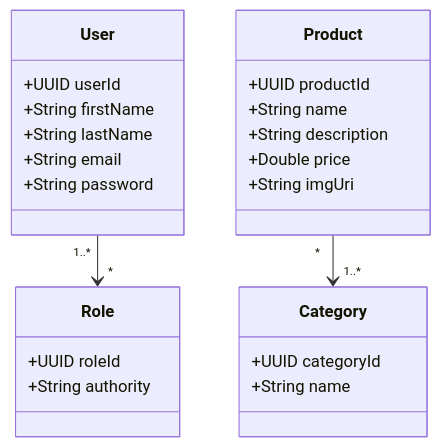
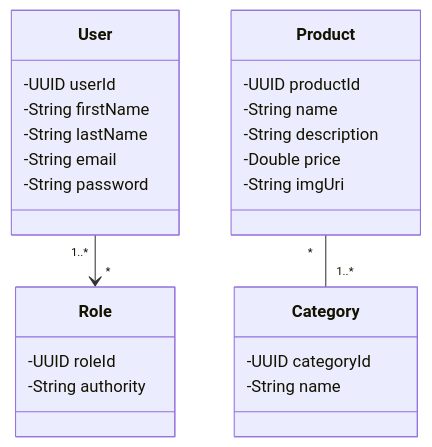
The diagram in backend/README.md (claudiobelempb/project-surbcatalog), drawn with Mermaid before and after one commit. The commit also changed other lines of this file and 7 other files, not shown here.

````diff
--- a/backend/README.md
+++ b/backend/README.md
@@ -7,31 +7,31 @@
 ```mermaid
 classDiagram
     class User {
-        +UUID userId
-        +String firstName
-        +String lastName
-        +String email
-        +String password
+        -UUID userId
+        -String firstName
+        -String lastName
+        -String email
+        -String password
     }
      class Role {
-        +UUID roleId
-        +String authority
+        -UUID roleId
+        -String authority
     }
 
      class Product {
-        +UUID productId
-        +String name
-        +String description
-        +Double price
-        +String imgUri
+        -UUID productId
+        -String name
+        -String description
+        -Double price
+        -String imgUri
     }
 
      class Category {
-        +UUID categoryId
-        +String name
+        -UUID categoryId
+        -String name
     }
 
 
     User "1..*" --> "*" Role
-    Product "*" --> "1..*" Category
+    Product "*" -- "1..*" Category
 ```
````
